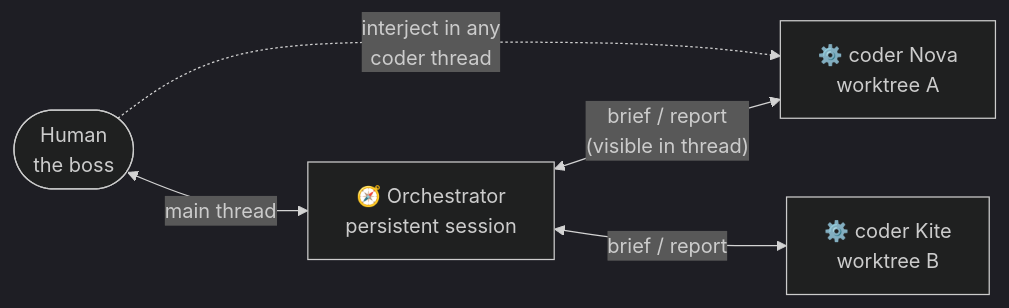
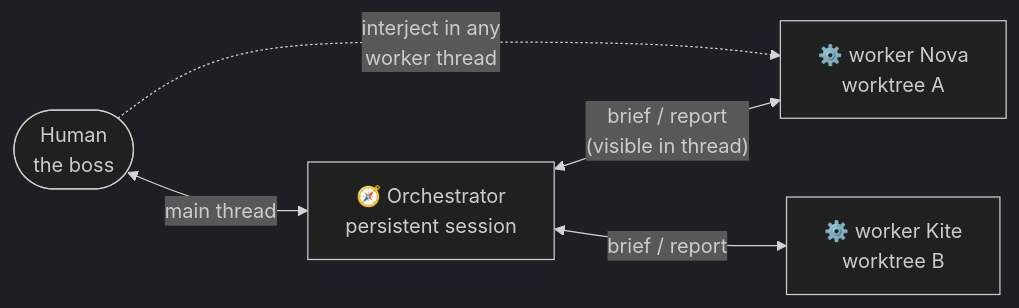
The second of 2 diagrams in docs/architecture.md (Dri-water/be-a-boss), drawn with Mermaid (dark theme) before and after one commit. The commit also changed other lines of this file and 20 other files, not shown here.

````diff
--- a/docs/architecture.md
+++ b/docs/architecture.md
@@ -65,7 +65,7 @@
 ```mermaid
 flowchart LR
     H([Human<br/>the boss]) <-->|main thread| O[🧭 Orchestrator<br/>persistent session]
-    O <-->|"brief / report<br/>(visible in thread)"| C1[⚙️ coder Nova<br/>worktree A]
-    O <-->|"brief / report"| C2[⚙️ coder Kite<br/>worktree B]
-    H -.->|"interject in any<br/>coder thread"| C1
+    O <-->|"brief / report<br/>(visible in thread)"| C1[⚙️ worker Nova<br/>worktree A]
+    O <-->|"brief / report"| C2[⚙️ worker Kite<br/>worktree B]
+    H -.->|"interject in any<br/>worker thread"| C1
 ```
````
